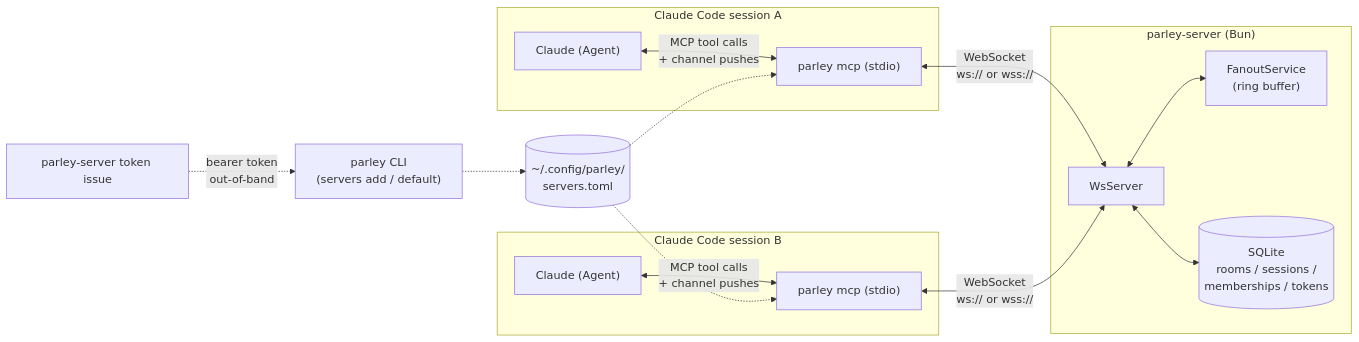
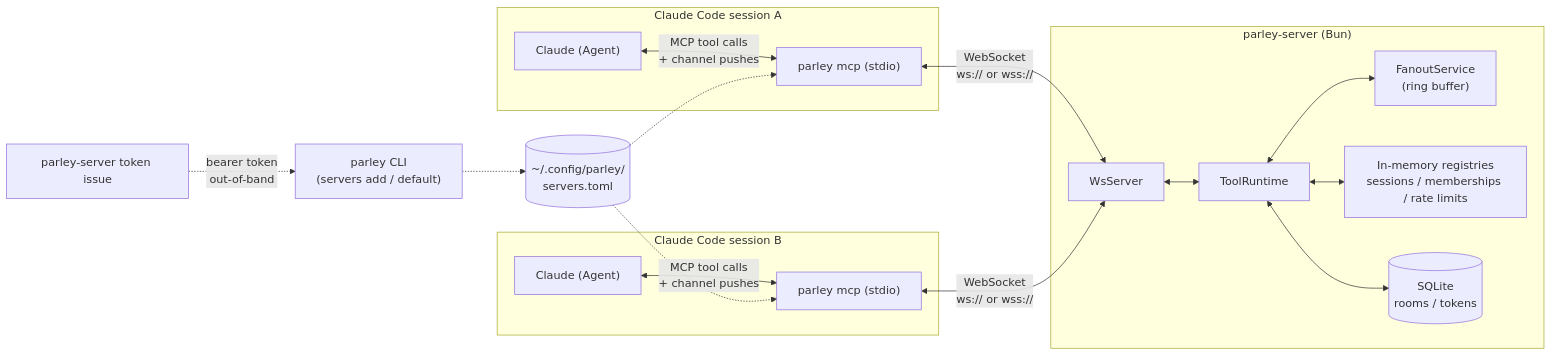
One commit to jliocsar/parley-docs changed the first of 2 diagrams in content/docs/architecture.mdx. Above: the diagram before and after it, drawn with Mermaid. The commit also changed other lines of this file and 3 other files, not shown here.

````diff
--- a/content/docs/architecture.mdx
+++ b/content/docs/architecture.mdx
@@ -11,30 +11,34 @@
 ```mermaid
 flowchart LR
   subgraph HostA["Claude Code session A"]
     ClaudeA["Claude (Agent)"]
     McpA["parley mcp (stdio)"]
     ClaudeA <-->|MCP tool calls<br/>+ channel pushes| McpA
   end
 
   subgraph HostB["Claude Code session B"]
     ClaudeB["Claude (Agent)"]
     McpB["parley mcp (stdio)"]
     ClaudeB <-->|MCP tool calls<br/>+ channel pushes| McpB
   end
 
   subgraph Server["parley-server (Bun)"]
     Ws["WsServer"]
+    Tools["ToolRuntime"]
     Fanout["FanoutService<br/>(ring buffer)"]
-    Rooms[("SQLite<br/>rooms / sessions /<br/>memberships / tokens")]
-    Ws <--> Fanout
-    Ws <--> Rooms
+    Registry["In-memory registries<br/>sessions / memberships / rate limits"]
+    Db[("SQLite<br/>rooms / tokens")]
+    Ws <--> Tools
+    Tools <--> Fanout
+    Tools <--> Registry
+    Tools <--> Db
   end
 
   McpA <-->|WebSocket<br/>ws:// or wss://| Ws
   McpB <-->|WebSocket<br/>ws:// or wss://| Ws
 
   CLI["parley CLI<br/>(servers add / default)"] -.-> Cfg[("~/.config/parley/<br/>servers.toml")]
   Cfg -.-> McpA
   Cfg -.-> McpB
   Admin["parley-server token issue"] -.->|bearer token<br/>out-of-band| CLI
 ```
````
